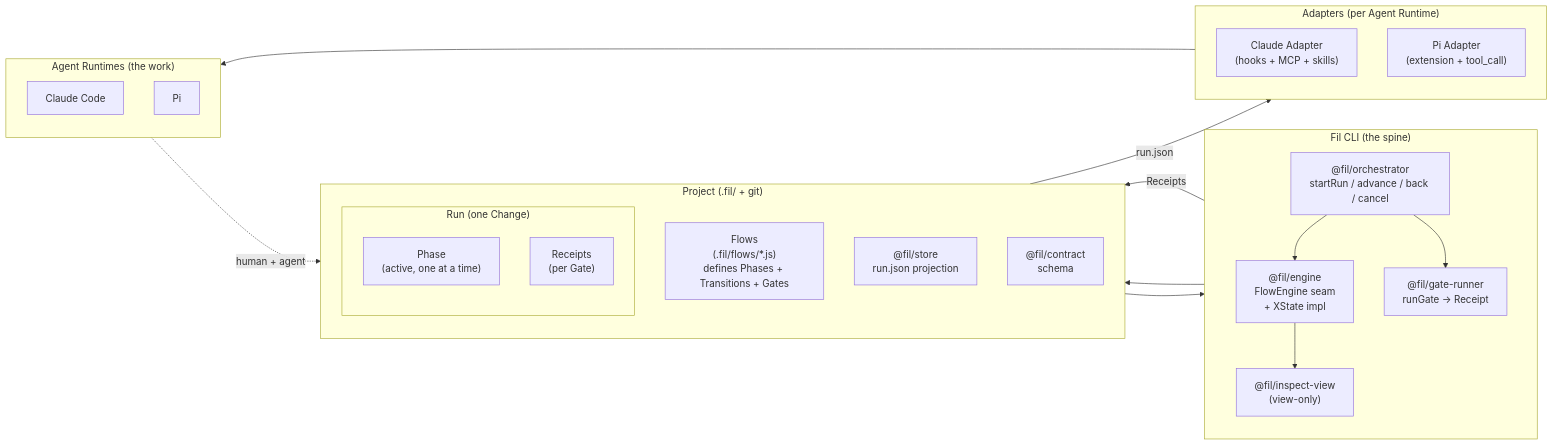
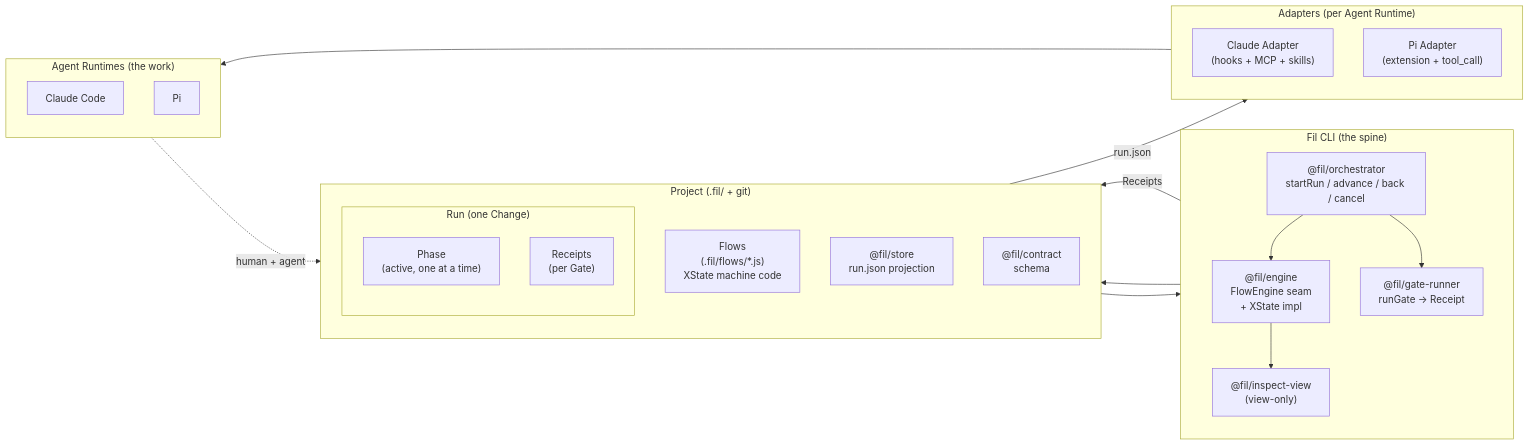
One commit to RemyFevry/fil changed the diagram in README.md. Above: the diagram before and after it, drawn with Mermaid. The commit also changed other lines of this file and 23 other files, not shown here.

````diff
--- a/README.md
+++ b/README.md
@@ -46,44 +48,44 @@
 ```mermaid
 flowchart LR
     subgraph Project["Project  (.fil/ + git)"]
         direction TB
-        Flows["Flows<br/>(.fil/flows/*.js)<br/>defines Phases + Transitions + Gates"]
+        Flows["Flows<br/>(.fil/flows/*.js)<br/>XState machine code"]
         subgraph Run["Run  (one Change)"]
             direction TB
             Phase["Phase<br/>(active, one at a time)"]
             Receipts["Receipts<br/>(per Gate)"]
         end
         Store["@fil/store<br/>run.json projection"]
         Contracts["@fil/contract<br/>schema"]
     end
 
     subgraph Fil["Fil CLI  (the spine)"]
         direction TB
         Orchestrator["@fil/orchestrator<br/>startRun / advance / back / cancel"]
         GateRunner["@fil/gate-runner<br/>runGate -> Receipt"]
         Engine["@fil/engine<br/>FlowEngine seam<br/>+ XState impl"]
         InspectView["@fil/inspect-view<br/>(view-only)"]
     end
 
     subgraph Adapters["Adapters  (per Agent Runtime)"]
         direction TB
         Claude["Claude Adapter<br/>(hooks + MCP + skills)"]
         Pi["Pi Adapter<br/>(extension + tool_call)"]
     end
 
     subgraph Runtimes["Agent Runtimes  (the work)"]
         direction TB
         CC["Claude Code"]
         PiRuntime["Pi"]
     end
 
     Flows --> Orchestrator
     Orchestrator --> Engine
     Orchestrator --> GateRunner
     Orchestrator --> Phase
     GateRunner -->|Receipts| Receipts
     Engine --> InspectView
     Contracts -->|run.json| Adapters
     Adapters --> Runtimes
     Runtimes -. human + agent .-> Phase
 ```
````
